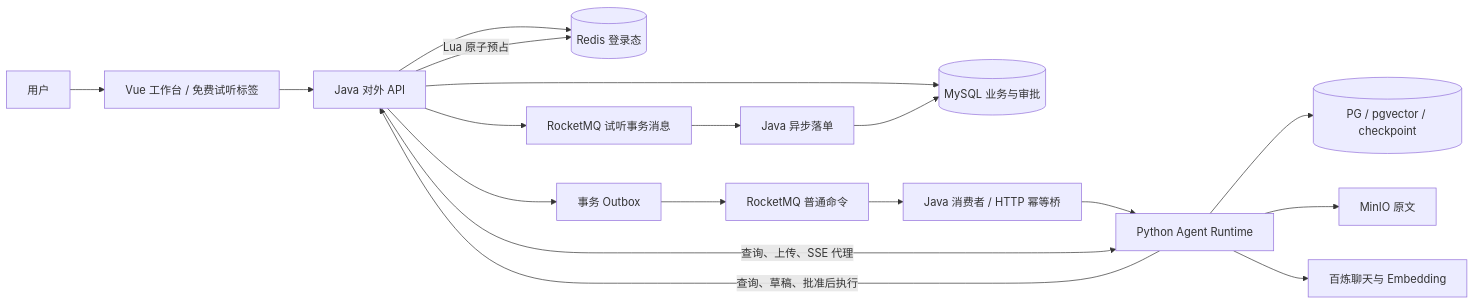
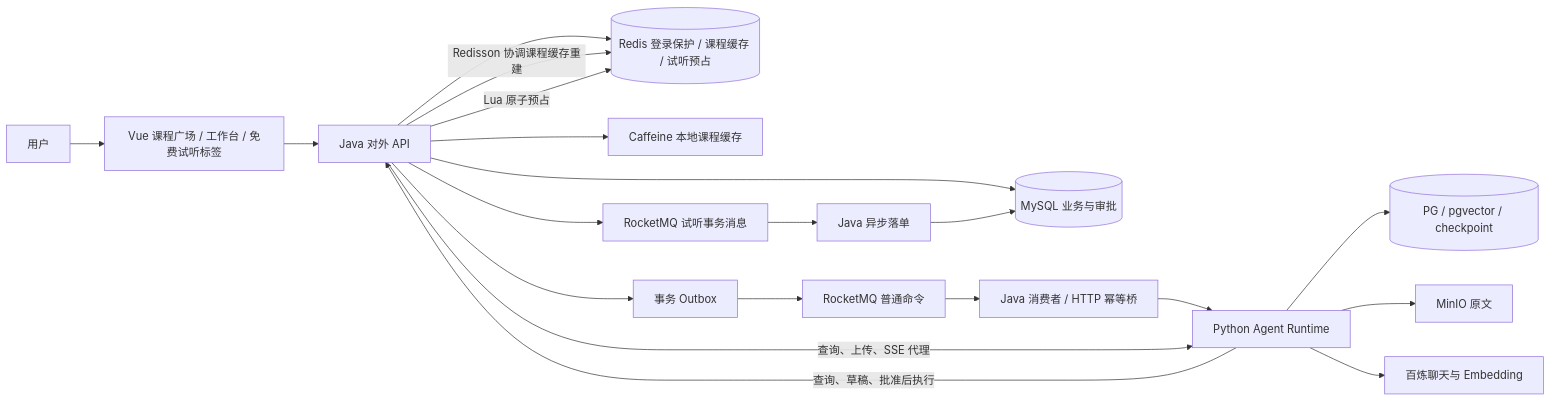
Before and after one commit to Chen166-cloud/zhikexing-backend: the first of 2 diagrams in docs/product/产品功能说明书-研发版.md, drawn with Mermaid. The commit also changed other lines of this file and 52 other files, not shown here.

````diff
--- a/docs/product/产品功能说明书-研发版.md
+++ b/docs/product/产品功能说明书-研发版.md
@@ -44,20 +46,22 @@
 ```mermaid
 flowchart LR
-    U[用户] --> V[Vue 工作台 / 免费试听标签]
+    U[用户] --> V[Vue 课程广场 / 工作台 / 免费试听标签]
     V --> J[Java 对外 API]
     J --> M[(MySQL 业务与审批)]
-    J --> R[(Redis 登录态)]
+    J --> R[(Redis 登录保护 / 课程缓存 / 试听预占)]
+    J --> L[Caffeine 本地课程缓存]
+    J -->|Redisson 协调课程缓存重建| R
     J --> O[事务 Outbox]
     O --> Q[RocketMQ 普通命令]
     Q --> C[Java 消费者 / HTTP 幂等桥]
     C --> P[Python Agent Runtime]
     J --> T[RocketMQ 试听事务消息]
     T --> D[Java 异步落单]
     D --> M
     J -->|Lua 原子预占| R
     J -->|查询、上传、SSE 代理| P
     P -->|查询、草稿、批准后执行| J
     P --> G[(PG / pgvector / checkpoint)]
     P --> S[MinIO 原文]
     P --> B[百炼聊天与 Embedding]
 ```
````
